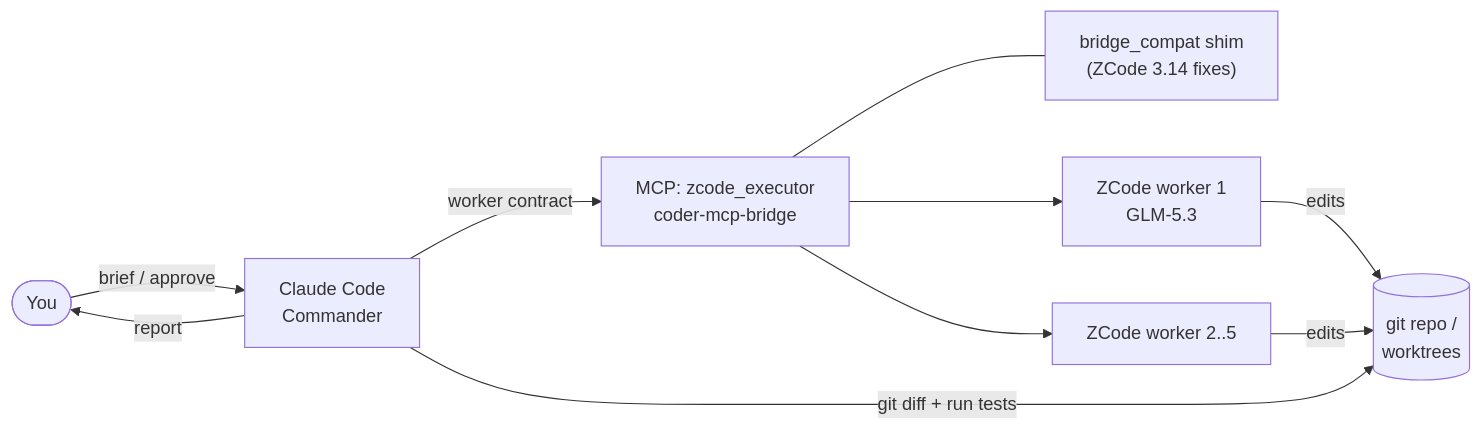
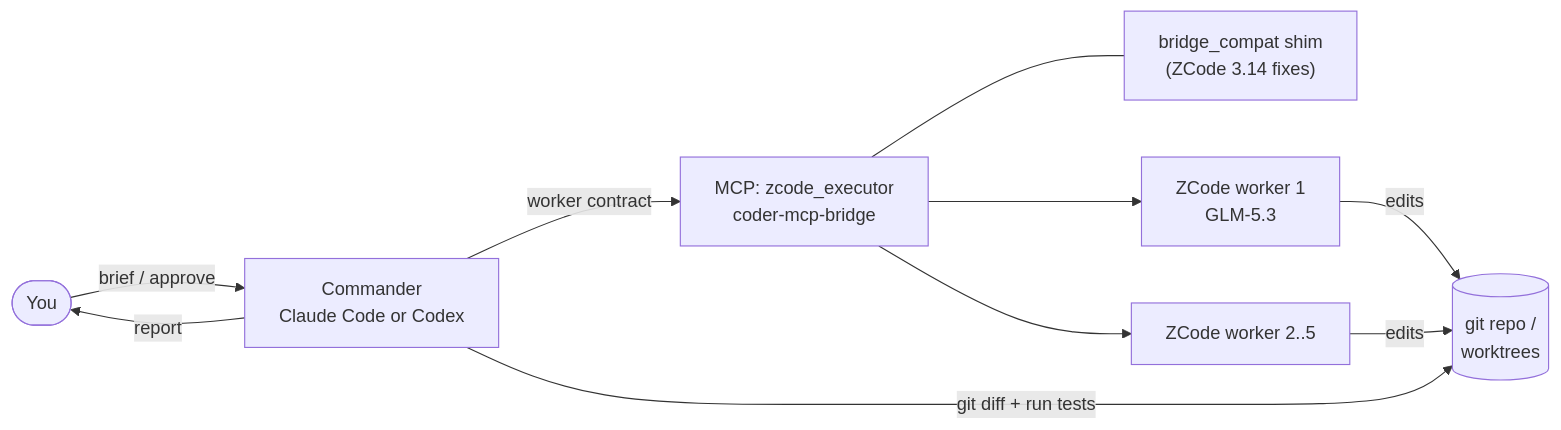
One commit to b9b4ymiN/zcrew changed the first of 2 diagrams in README.md. Above: the diagram before and after it, drawn with Mermaid. The commit also changed other lines of this file and 4 other files, not shown here.

First line of the commit message:
docs: document codex commander; policy waits until terminal to save turns

````diff
--- a/README.md
+++ b/README.md
@@ -82,12 +88,12 @@
 ```mermaid
 flowchart LR
-    U([You]) -- brief / approve --> C["Claude Code<br/>Commander"]
+    U([You]) -- brief / approve --> C["Commander<br/>Claude Code or Codex"]
     C -- worker contract --> M["MCP: zcode_executor<br/>coder-mcp-bridge"]
     M --- S["bridge_compat shim<br/>(ZCode 3.14 fixes)"]
     M --> Z1["ZCode worker 1<br/>GLM-5.3"]
     M --> Z2["ZCode worker 2..5"]
     Z1 -- edits --> R[("git repo /<br/>worktrees")]
     Z2 -- edits --> R
     C -- "git diff + run tests" --> R
     C -- report --> U
 ```
````
